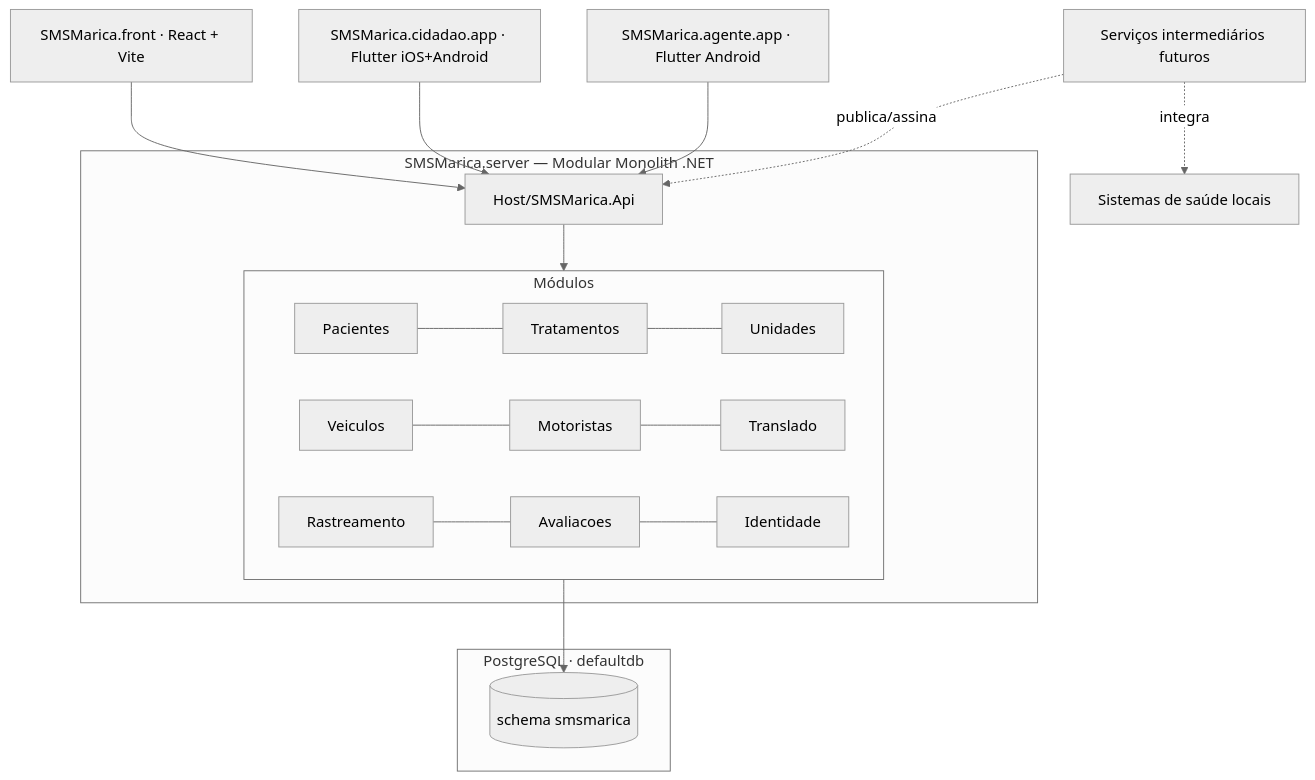
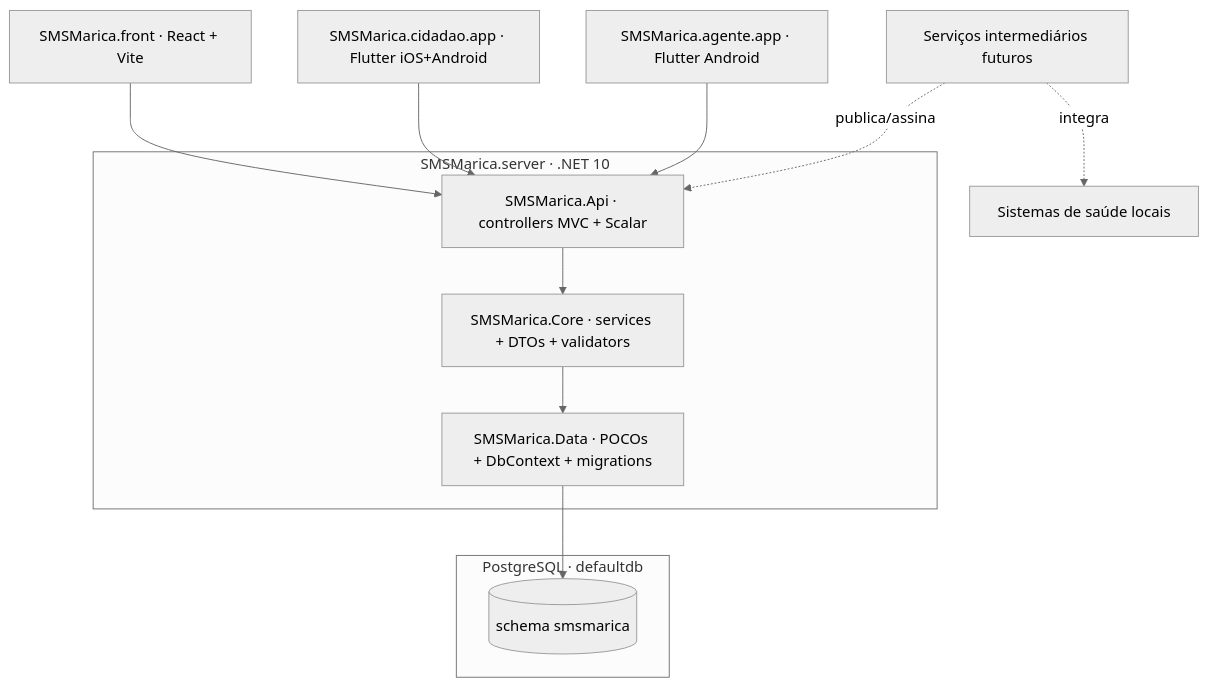
The diagram in docs/architecture.md (AutomaisIO/SMSMarica), drawn with Mermaid (neutral theme) before and after one commit. The commit also changed other lines of this file and 216 other files, not shown here.

````diff
--- a/docs/architecture.md
+++ b/docs/architecture.md
@@ -7,30 +7,27 @@
 ```mermaid
 flowchart TB
   subgraph db [PostgreSQL · defaultdb]
     S[(schema smsmarica)]
   end
 
-  subgraph server [SMSMarica.server — Modular Monolith .NET]
-    Host[Host/SMSMarica.Api]
-    subgraph mod [Módulos]
-      M1[Pacientes] --- M2[Tratamentos] --- M3[Unidades]
-      M4[Veiculos] --- M5[Motoristas] --- M6[Translado]
-      M7[Rastreamento] --- M8[Avaliacoes] --- M9[Identidade]
-    end
-    Host --> mod
+  subgraph server [SMSMarica.server · .NET 10]
+    Api[SMSMarica.Api · controllers MVC + Scalar]
+    Core[SMSMarica.Core · services + DTOs + validators]
+    Data[SMSMarica.Data · POCOs + DbContext + migrations]
+    Api --> Core --> Data
   end
 
   Front[SMSMarica.front · React + Vite]
   Cidadao[SMSMarica.cidadao.app · Flutter iOS+Android]
   Agente[SMSMarica.agente.app · Flutter Android]
 
   Future[Serviços intermediários futuros]
   Legacy[Sistemas de saúde locais]
 
-  mod --> S
-  Front --> Host
-  Cidadao --> Host
-  Agente --> Host
+  Data --> S
+  Front --> Api
+  Cidadao --> Api
+  Agente --> Api
   Future -.integra.-> Legacy
-  Future -.publica/assina.-> Host
+  Future -.publica/assina.-> Api
 ```
````
